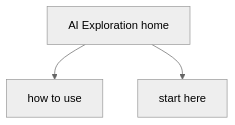
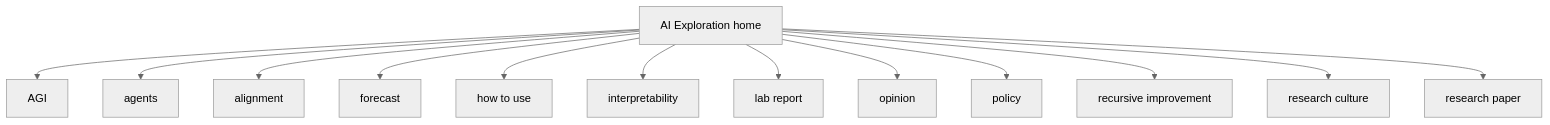
The second of 2 diagrams in README.md (aniruddhaadak80/ai-exploration), drawn with Mermaid (neutral theme) before and after one commit. The commit also changed other lines of this file and 9 other files, not shown here.

Commit message:
Add 8 AI digest notes with sources, flows, PDF view, and README index

````diff
--- a/README.md
+++ b/README.md
@@ -110,8 +133,28 @@
 ```mermaid
 flowchart TD
   Home[AI Exploration home]
-  T0["how to use"]
-  T1["start here"]
+  T0["AGI"]
+  T1["agents"]
+  T2["alignment"]
+  T3["forecast"]
+  T4["how to use"]
+  T5["interpretability"]
+  T6["lab report"]
+  T7["opinion"]
+  T8["policy"]
+  T9["recursive improvement"]
+  T10["research culture"]
+  T11["research paper"]
   Home --> T0
   Home --> T1
+  Home --> T2
+  Home --> T3
+  Home --> T4
+  Home --> T5
+  Home --> T6
+  Home --> T7
+  Home --> T8
+  Home --> T9
+  Home --> T10
+  Home --> T11
 ```
````
